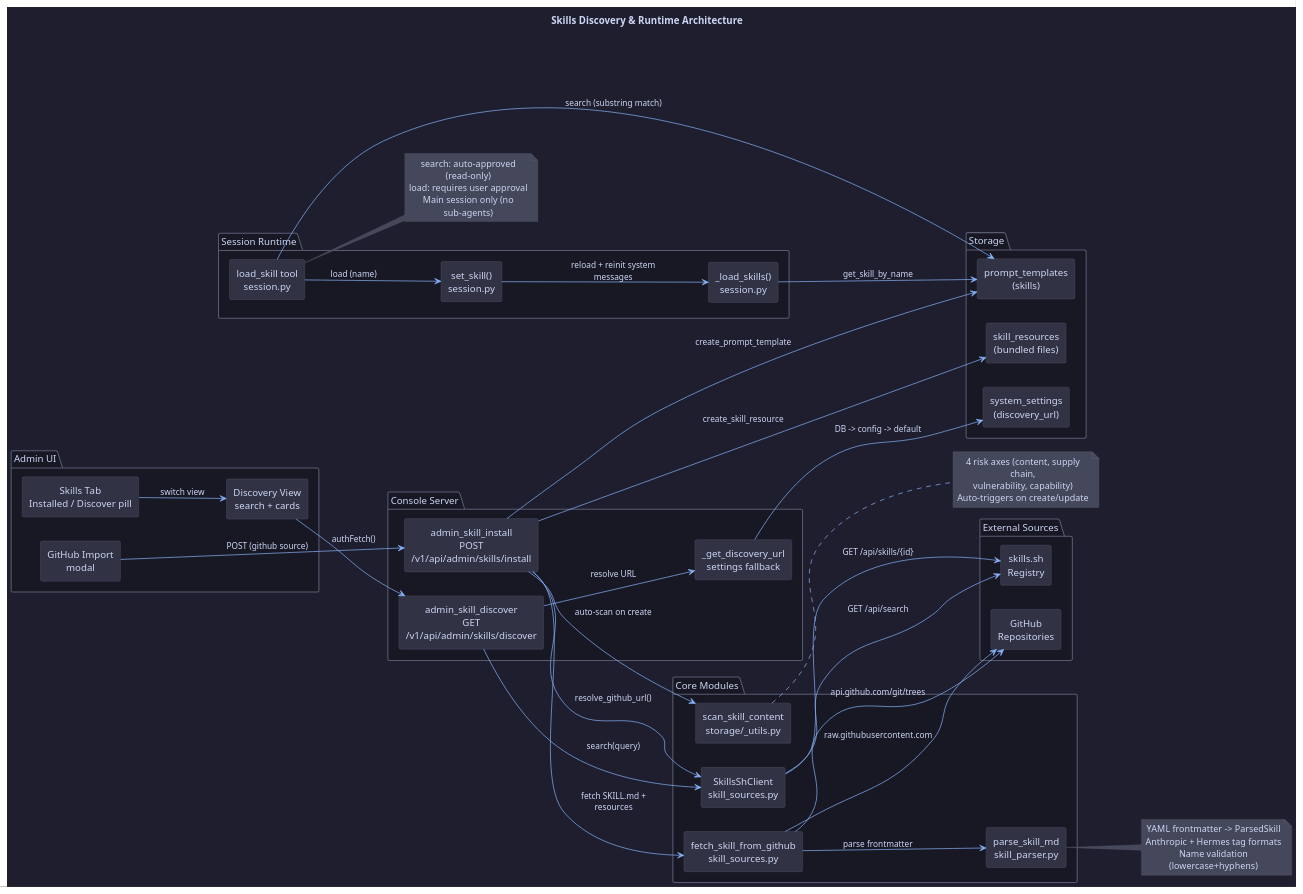
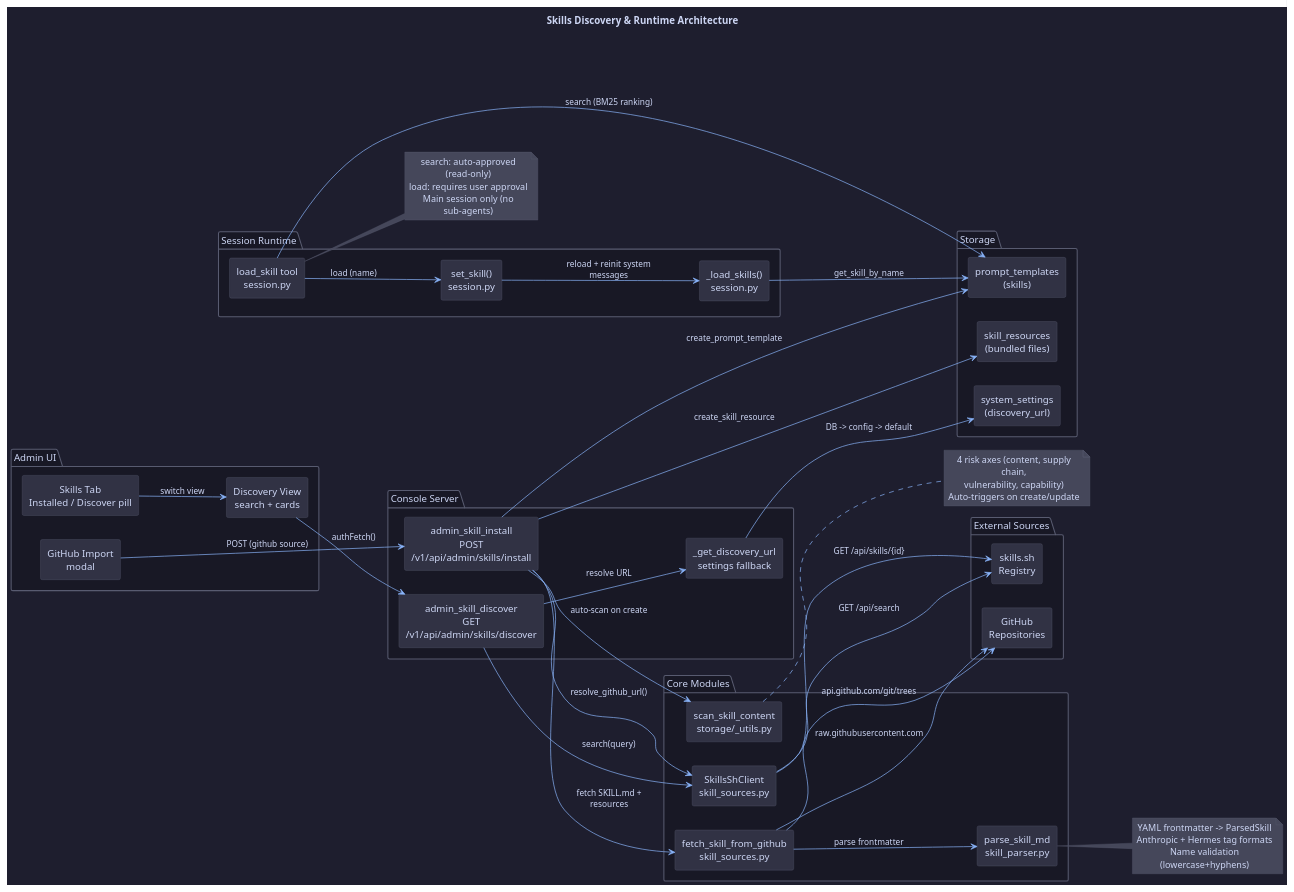
One commit to turnstonelabs/turnstone changed the diagram in docs/diagrams/26-skills-discovery-architecture.puml. Above: the diagram before and after it, drawn with PlantUML. The commit also changed 5 other files, not shown here.

```diff
--- a/docs/diagrams/26-skills-discovery-architecture.puml
+++ b/docs/diagrams/26-skills-discovery-architecture.puml
@@ -1,99 +1,99 @@
 @startuml
 !include https://raw.githubusercontent.com/plantuml-stdlib/C4-PlantUML/master/C4_Component.puml
 LAYOUT_LEFT_RIGHT()
 
 title Skills Discovery & Runtime Architecture
 
 skinparam backgroundColor #1e1e2e
 skinparam defaultFontColor #cdd6f4
 skinparam defaultFontName "JetBrains Mono"
 skinparam arrowColor #89b4fa
 skinparam rectangleBorderColor #585b70
 skinparam rectangleBackgroundColor #313244
 skinparam noteBorderColor #585b70
 skinparam noteBackgroundColor #45475a
 skinparam packageBorderColor #585b70
 
 package "External Sources" as ext #181825 {
   rectangle "skills.sh\nRegistry" as skillssh
   rectangle "GitHub\nRepositories" as github
 }
 
 package "Console Server" as console #181825 {
   rectangle "admin_skill_discover\nGET /v1/api/admin/skills/discover" as discover
   rectangle "admin_skill_install\nPOST /v1/api/admin/skills/install" as install
   rectangle "_get_discovery_url\nsettings fallback" as settings
 }
 
 package "Core Modules" as core #181825 {
   rectangle "SkillsShClient\nskill_sources.py" as client
   rectangle "fetch_skill_from_github\nskill_sources.py" as fetcher
   rectangle "parse_skill_md\nskill_parser.py" as parser
   rectangle "scan_skill_content\nstorage/_utils.py" as scanner
 }
 
 package "Session Runtime" as runtime #181825 {
   rectangle "load_skill tool\nsession.py" as loadtool
   rectangle "set_skill()\nsession.py" as setskill
   rectangle "_load_skills()\nsession.py" as loadskills
 }
 
 package "Storage" as storage #181825 {
   rectangle "prompt_templates\n(skills)" as skills_table
   rectangle "skill_resources\n(bundled files)" as resources_table
   rectangle "system_settings\n(discovery_url)" as settings_table
 }
 
 package "Admin UI" as ui #181825 {
   rectangle "Skills Tab\nInstalled / Discover pill" as pill
   rectangle "Discovery View\nsearch + cards" as discoverui
   rectangle "GitHub Import\nmodal" as importui
 }
 
 ' External discovery flow
 discover --> settings : resolve URL
 settings --> settings_table : DB -> config -> default
 discover --> client : search(query)
 client --> skillssh : GET /api/search
 
 install --> client : resolve_github_url()
 client --> skillssh : GET /api/skills/{id}
 install --> fetcher : fetch SKILL.md + resources
 fetcher --> github : raw.githubusercontent.com
 fetcher --> github : api.github.com/git/trees
 fetcher --> parser : parse frontmatter
 install --> scanner : auto-scan on create
 install --> skills_table : create_prompt_template
 install --> resources_table : create_skill_resource
 
 ' Runtime skill loading flow
-loadtool --> skills_table : search (substring match)
+loadtool --> skills_table : search (BM25 ranking)
 loadtool --> setskill : load (name)
 setskill --> loadskills : reload + reinit system messages
 loadskills --> skills_table : get_skill_by_name
 
 ' UI flow
 pill --> discoverui : switch view
 discoverui --> discover : authFetch()
 importui --> install : POST (github source)
 
 ' Annotations
 note right of parser
   YAML frontmatter -> ParsedSkill
   Anthropic + Hermes tag formats
   Name validation (lowercase+hyphens)
 end note
 
 note right of loadtool
   search: auto-approved (read-only)
   load: requires user approval
   Main session only (no sub-agents)
 end note
 
 note right of scanner
   4 risk axes (content, supply chain,
   vulnerability, capability)
   Auto-triggers on create/update
 end note
 
 @enduml
```
